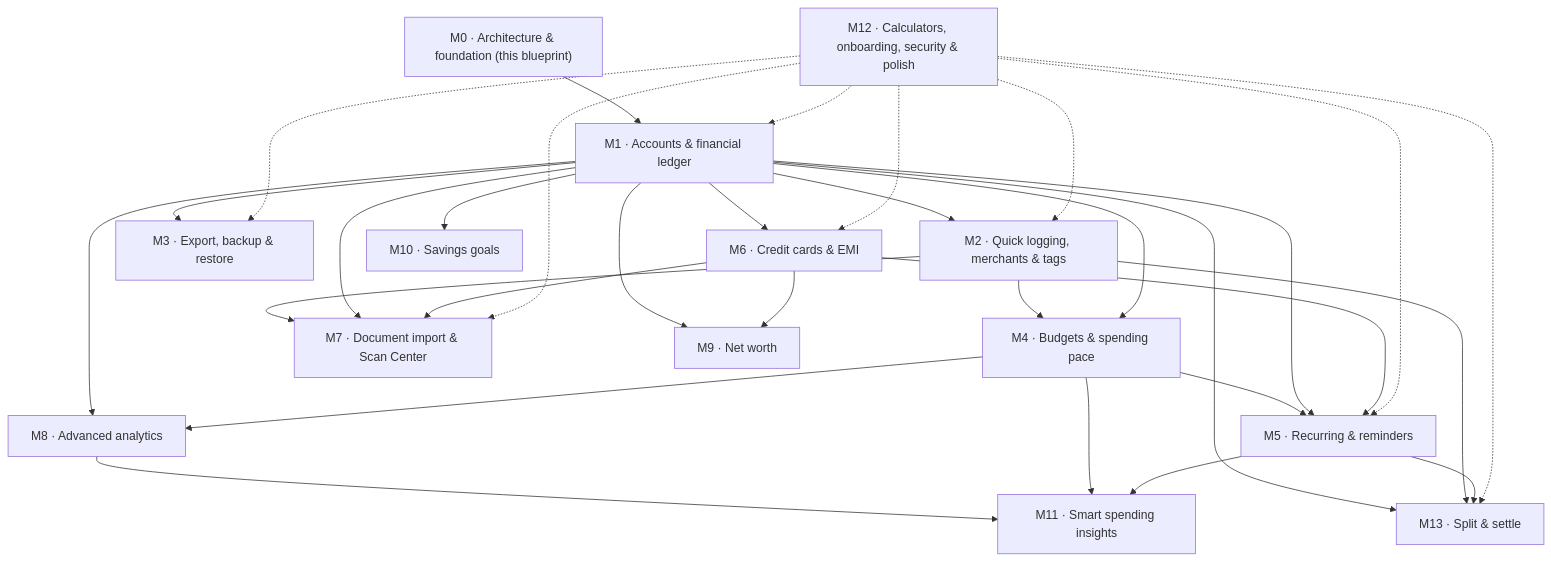
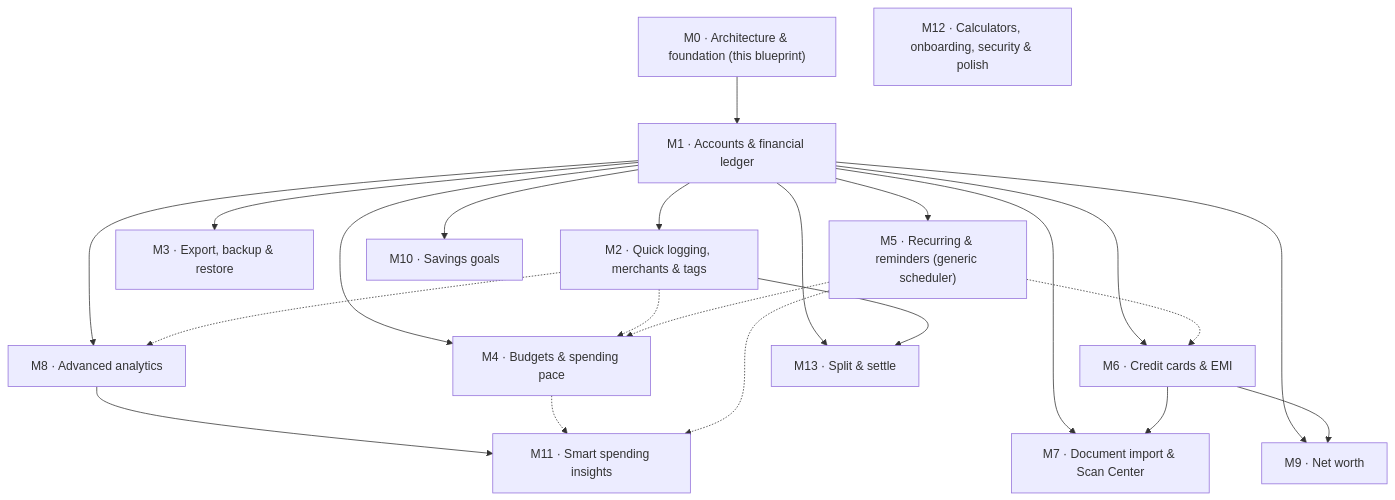
Before and after one commit to pavantejan/expense-tracker: the second of 2 diagrams in docs/architecture/master-architecture-blueprint-v1.md, drawn with Mermaid. The commit also changed other lines of this file and 1 other file, not shown here.

````diff
--- a/docs/architecture/master-architecture-blueprint-v1.md
+++ b/docs/architecture/master-architecture-blueprint-v1.md
@@ -715,47 +803,38 @@
 ```mermaid
 flowchart TD
     M0["M0 · Architecture & foundation (this blueprint)"]
     M1["M1 · Accounts & financial ledger"]
     M2["M2 · Quick logging, merchants & tags"]
     M3["M3 · Export, backup & restore"]
     M4["M4 · Budgets & spending pace"]
-    M5["M5 · Recurring & reminders"]
+    M5["M5 · Recurring & reminders (generic scheduler)"]
     M6["M6 · Credit cards & EMI"]
     M7["M7 · Document import & Scan Center"]
     M8["M8 · Advanced analytics"]
     M9["M9 · Net worth"]
     M10["M10 · Savings goals"]
     M11["M11 · Smart spending insights"]
     M12["M12 · Calculators, onboarding, security & polish"]
     M13["M13 · Split & settle"]
     M0 --> M1
     M1 --> M2
     M1 --> M3
-    M2 --> M4
     M1 --> M4
-    M4 --> M5
     M1 --> M5
     M1 --> M6
-    M6 --> M5
-    M2 --> M7
     M1 --> M7
-    M6 --> M7
     M1 --> M8
-    M4 --> M8
     M1 --> M9
-    M6 --> M9
     M1 --> M10
-    M8 --> M11
-    M4 --> M11
-    M5 --> M11
     M1 --> M13
     M2 --> M13
-    M5 --> M13
-    M12 -.-> M1
-    M12 -.-> M2
-    M12 -.-> M3
-    M12 -.-> M5
-    M12 -.-> M6
-    M12 -.-> M7
-    M12 -.-> M13
+    M6 --> M7
+    M6 --> M9
+    M8 --> M11
+    M5 -.-> M6
+    M2 -.-> M4
+    M2 -.-> M8
+    M4 -.-> M11
+    M5 -.-> M11
+    M5 -.-> M4
 ```
````
